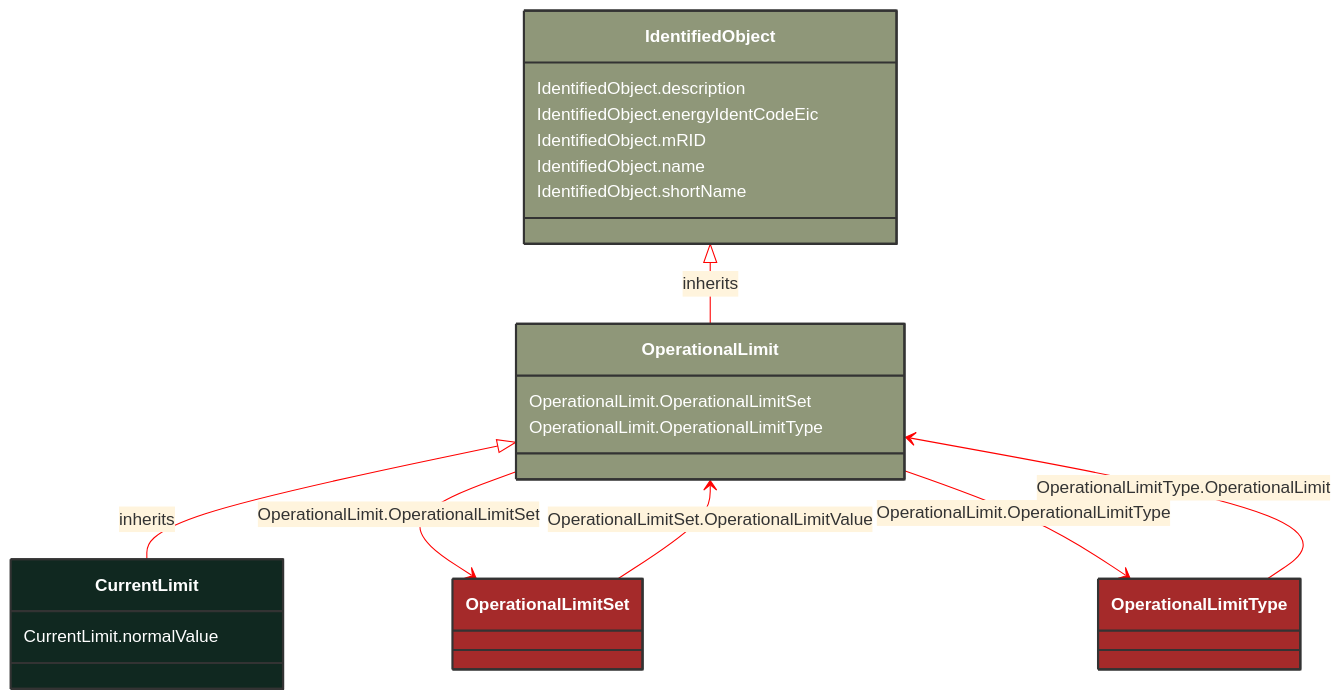
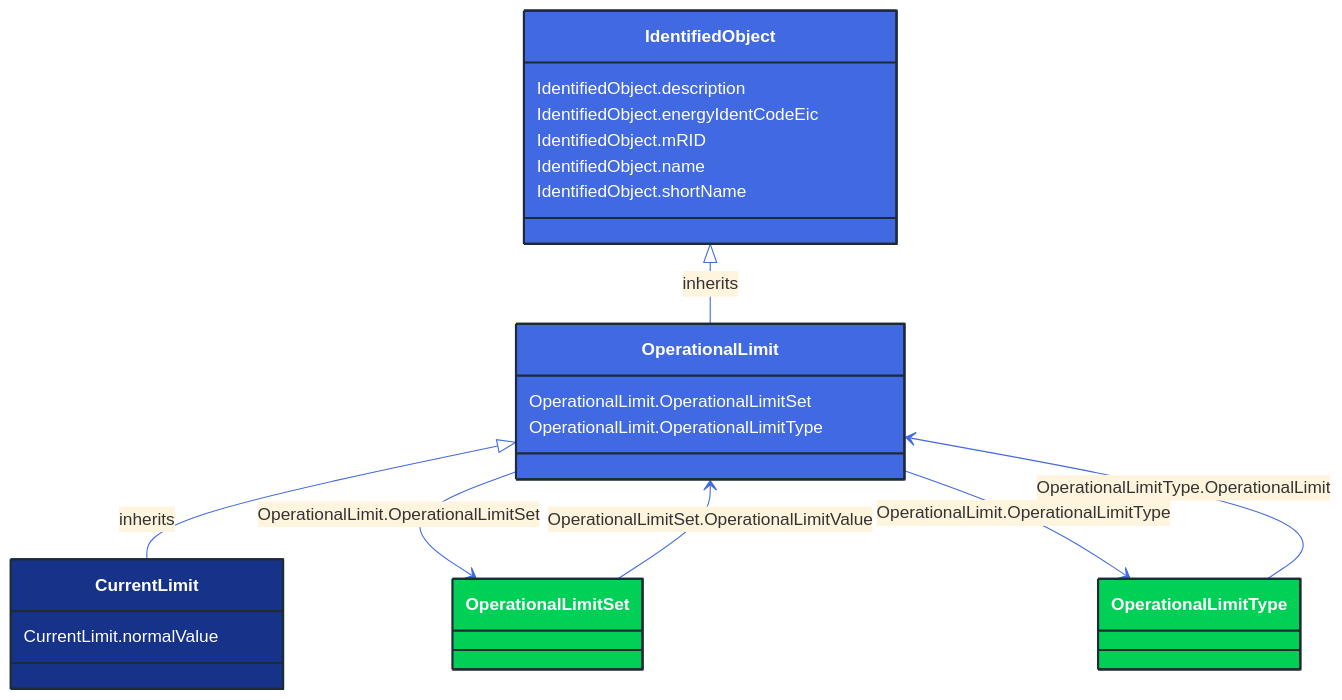
Before and after one commit to 3lbits/NoCIMExtensions: the diagram in docs/Models/Profiles/CoreEquipment/ConcreteClasses/CurrentLimit.md, drawn with Mermaid. The commit also changed 362 other files, not shown here.

First line of the commit message:
Update diagrams and styles for improved visual consistency

````diff
--- a/docs/Models/Profiles/CoreEquipment/ConcreteClasses/CurrentLimit.md
+++ b/docs/Models/Profiles/CoreEquipment/ConcreteClasses/CurrentLimit.md
@@ -8,48 +8,48 @@
 ```mermaid
-%%{init: {'theme':'base','themeVariables': {'lineColor': '#FF0000'}}}%%
+%%{init: {'theme':'base','themeVariables': {'lineColor': '#4169E1'}}}%%
 classDiagram
     class CurrentLimit
     click CurrentLimit href "/Models/Profiles/CoreEquipment/ConcreteClasses/CurrentLimit/"
-    style CurrentLimit fill:#102820,stroke:#333,stroke-width:2px,rx:10,ry:10,color:white
+    style CurrentLimit fill:#163289,stroke:#1F2A37,stroke-width:2px,rx:10,ry:10,color:white
      
         OperationalLimit <|-- CurrentLimit : inherits
             click OperationalLimit href "/Models/Profiles/CoreEquipment/AbstractClasses/OperationalLimit/"
-            style OperationalLimit fill:#8F9779,stroke:#333,stroke-width:2px,rx:10,ry:10,color:white
+            style OperationalLimit fill:#4169E1,stroke:#1F2A37,stroke-width:2px,rx:10,ry:10,color:white
      
         IdentifiedObject <|-- OperationalLimit : inherits
             click IdentifiedObject href "/Models/Profiles/CoreEquipment/AbstractClasses/IdentifiedObject/"
-            style IdentifiedObject fill:#8F9779,stroke:#333,stroke-width:2px,rx:10,ry:10,color:white
+            style IdentifiedObject fill:#4169E1,stroke:#1F2A37,stroke-width:2px,rx:10,ry:10,color:white
 
         OperationalLimit --> OperationalLimitSet : OperationalLimit.OperationalLimitSet
 
         OperationalLimitSet
             click OperationalLimitSet href "/Models/Profiles/CoreEquipment/ConcreteClasses/OperationalLimitSet/"
-            style OperationalLimitSet fill:#A52A2A,stroke:#333,stroke-width:2px,rx:10,ry:10,color:white
+            style OperationalLimitSet fill:#00D156,stroke:#1F2A37,stroke-width:2px,rx:10,ry:10,color:white
         OperationalLimit --> OperationalLimitType : OperationalLimit.OperationalLimitType
 
         OperationalLimitType
             click OperationalLimitType href "/Models/Profiles/CoreEquipment/ConcreteClasses/OperationalLimitType/"
-            style OperationalLimitType fill:#A52A2A,stroke:#333,stroke-width:2px,rx:10,ry:10,color:white
+            style OperationalLimitType fill:#00D156,stroke:#1F2A37,stroke-width:2px,rx:10,ry:10,color:white
 
         OperationalLimitSet --> OperationalLimit : OperationalLimitSet.OperationalLimitValue
 
         OperationalLimitSet
             click OperationalLimitSet href "/Models/Profiles/CoreEquipment/ConcreteClasses/OperationalLimitSet/"
-            style OperationalLimitSet fill:#A52A2A,stroke:#333,stroke-width:2px,rx:10,ry:10,color:white
+            style OperationalLimitSet fill:#00D156,stroke:#1F2A37,stroke-width:2px,rx:10,ry:10,color:white
 
         OperationalLimitType --> OperationalLimit : OperationalLimitType.OperationalLimit
 
         OperationalLimitType
             click OperationalLimitType href "/Models/Profiles/CoreEquipment/ConcreteClasses/OperationalLimitType/"
-            style OperationalLimitType fill:#A52A2A,stroke:#333,stroke-width:2px,rx:10,ry:10,color:white
+            style OperationalLimitType fill:#00D156,stroke:#1F2A37,stroke-width:2px,rx:10,ry:10,color:white
 
 
         CurrentLimit : CurrentLimit.normalValue
         OperationalLimit : OperationalLimit.OperationalLimitSet
         OperationalLimit : OperationalLimit.OperationalLimitType
         IdentifiedObject : IdentifiedObject.description
         IdentifiedObject : IdentifiedObject.energyIdentCodeEic
         IdentifiedObject : IdentifiedObject.mRID
         IdentifiedObject : IdentifiedObject.name
         IdentifiedObject : IdentifiedObject.shortName
 ```
````
